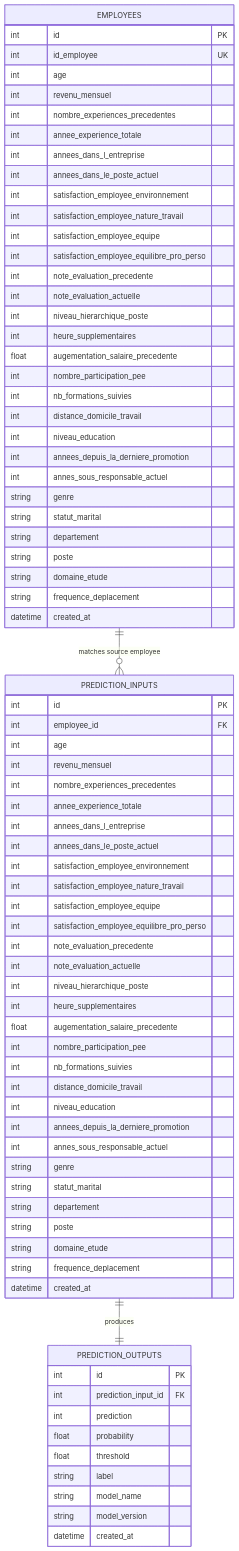
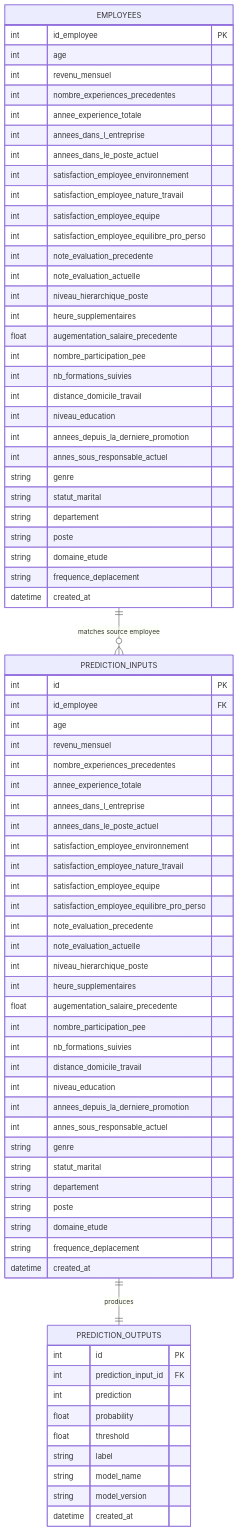
The diagram in docs/database_schema.md (maximebarbier01/futurisys-ml-api), drawn with Mermaid before and after one commit. The commit also changed other lines of this file and 8 other files, not shown here.

```diff
--- a/docs/database_schema.md
+++ b/docs/database_schema.md
@@ -17,8 +17,7 @@
     PREDICTION_INPUTS ||--|| PREDICTION_OUTPUTS : "produces"
 
     EMPLOYEES {
-        int id PK
-        int id_employee UK
+        int id_employee PK
         int age
         int revenu_mensuel
         int nombre_experiences_precedentes
@@ -51,7 +50,7 @@
 
     PREDICTION_INPUTS {
         int id PK
-        int employee_id FK
+        int id_employee FK
         int age
         int revenu_mensuel
         int nombre_experiences_precedentes
```
